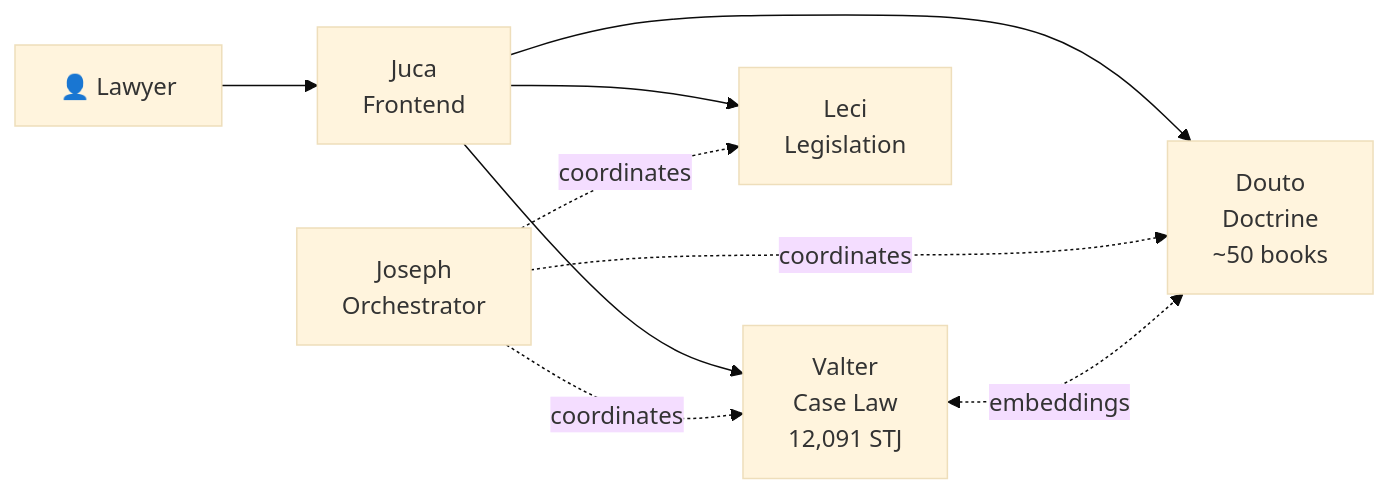
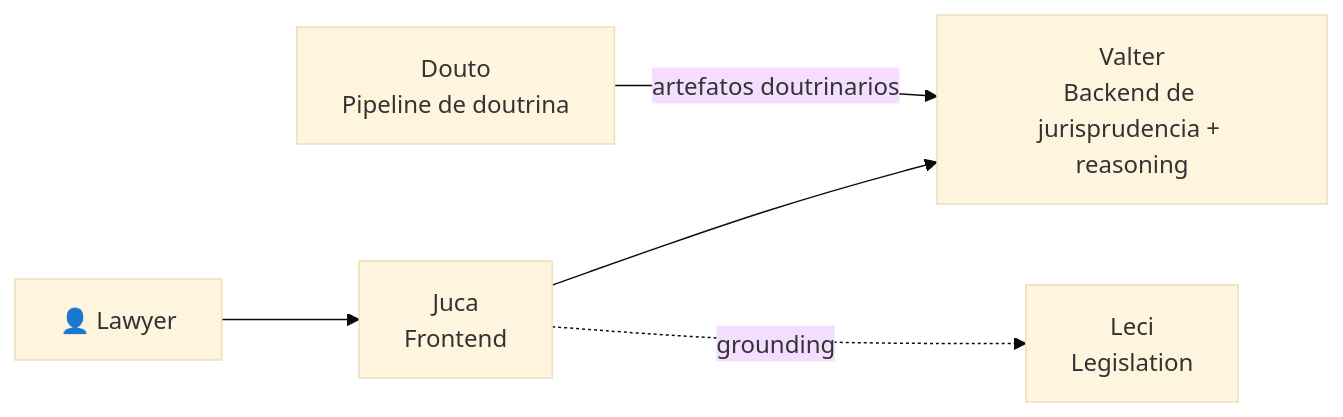
Before and after one commit to sensdiego/sens.legal: the third of 7 diagrams in sites/douto/src/content/docs/pt-br/architecture/diagrams.md, drawn with Mermaid (base theme). The commit also changed 57 other files, not shown here.

````diff
--- a/sites/douto/src/content/docs/pt-br/architecture/diagrams.md
+++ b/sites/douto/src/content/docs/pt-br/architecture/diagrams.md
@@ -80,16 +80,13 @@
 ```mermaid
 graph LR
     USER["👤 Lawyer"]
     JU["Juca<br/>Frontend"]
-    VA["Valter<br/>Case Law<br/>12,091 STJ"]
+    VA["Valter<br/>Backend de jurisprudencia + reasoning"]
     LE["Leci<br/>Legislation"]
-    DO["Douto<br/>Doctrine<br/>~50 books"]
-    JO["Joseph<br/>Orchestrator"]
+    DO["Douto<br/>Pipeline de doutrina"]
 
     USER --> JU
     JU --> VA
-    JU --> LE
-    JU --> DO
-    JO -.->|"coordinates"| VA & LE & DO
-    VA <-.->|"embeddings"| DO
+    JU -.->|"grounding"| LE
+    DO -->|"artefatos doutrinarios"| VA
 ```
````
